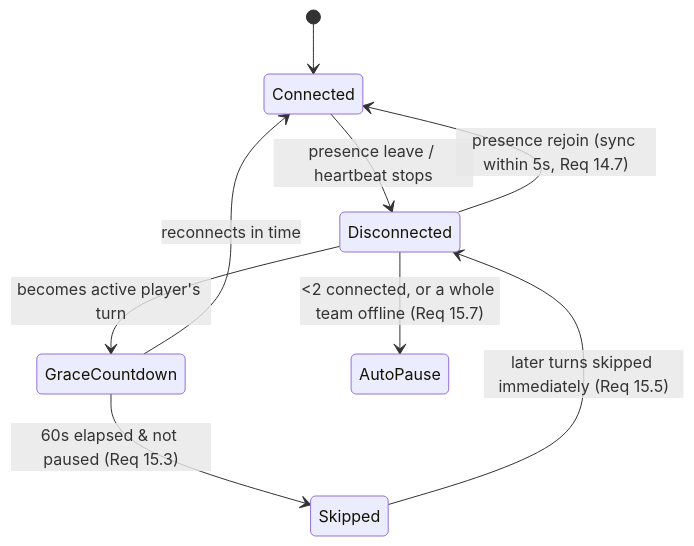
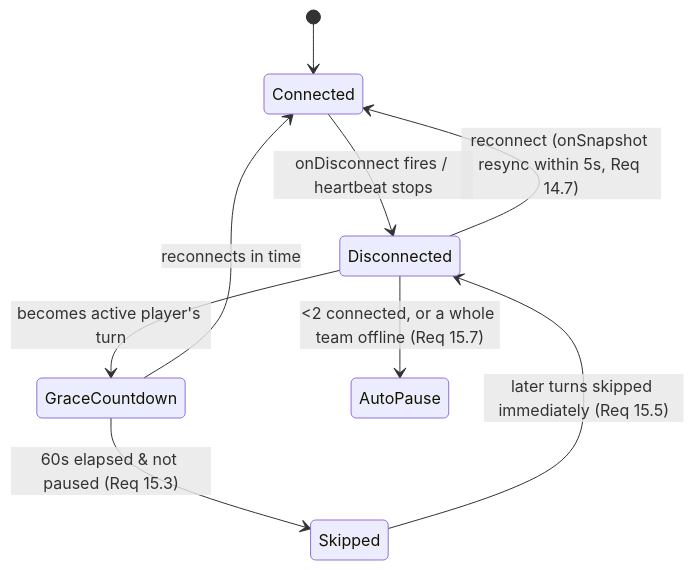
The fifth of 8 diagrams in .kiro/specs/homemade-uno/design.md (livanuj/homemade_Uno), drawn with Mermaid before and after one commit. The commit also changed other lines of this file and 10 other files, not shown here.

````diff
--- a/.kiro/specs/homemade-uno/design.md
+++ b/.kiro/specs/homemade-uno/design.md
@@ -313,11 +331,11 @@
 ```mermaid
 stateDiagram-v2
   [*] --> Connected
-  Connected --> Disconnected: presence leave / heartbeat stops
-  Disconnected --> Connected: presence rejoin (sync within 5s, Req 14.7)
+  Connected --> Disconnected: onDisconnect fires / heartbeat stops
+  Disconnected --> Connected: reconnect (onSnapshot resync within 5s, Req 14.7)
   Disconnected --> GraceCountdown: becomes active player's turn
   GraceCountdown --> Connected: reconnects in time
   GraceCountdown --> Skipped: 60s elapsed & not paused (Req 15.3)
   Skipped --> Disconnected: later turns skipped immediately (Req 15.5)
   Disconnected --> AutoPause: <2 connected, or a whole team offline (Req 15.7)
 ```
````
